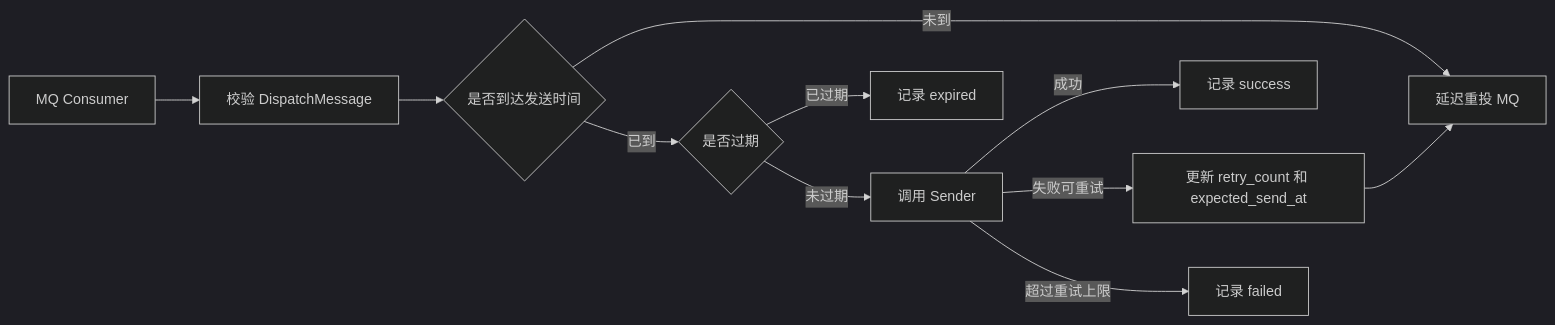
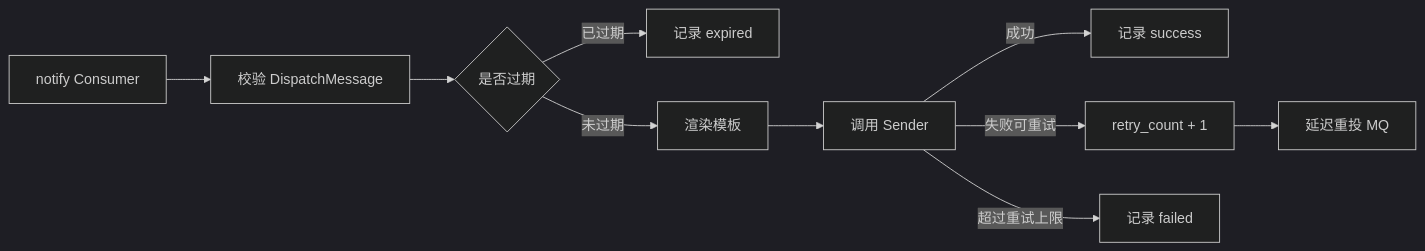
The third of 3 diagrams in AES通知执行层总体评审方案.md (zongqir/work), drawn with Mermaid (dark theme) before and after one commit. The commit also changed other lines of this file, not shown here.

````diff
--- a/AES通知执行层总体评审方案.md
+++ b/AES通知执行层总体评审方案.md
@@ -163,13 +131,12 @@
 ```mermaid
 flowchart LR
-    A[MQ Consumer] --> B[校验 DispatchMessage]
-    B --> C{是否到达发送时间}
-    C -->|未到| D[延迟重投 MQ]
-    C -->|已到| E{是否过期}
-    E -->|已过期| F[记录 expired]
-    E -->|未过期| G[调用 Sender]
-    G -->|成功| H[记录 success]
-    G -->|失败可重试| I[更新 retry_count 和 expected_send_at]
-    I --> D
-    G -->|超过重试上限| J[记录 failed]
+    A[notify Consumer] --> B[校验 DispatchMessage]
+    B --> C{是否过期}
+    C -->|已过期| D[记录 expired]
+    C -->|未过期| E[渲染模板]
+    E --> F[调用 Sender]
+    F -->|成功| G[记录 success]
+    F -->|失败可重试| H[retry_count + 1]
+    H --> I[延迟重投 MQ]
+    F -->|超过重试上限| J[记录 failed]
 ```
````
